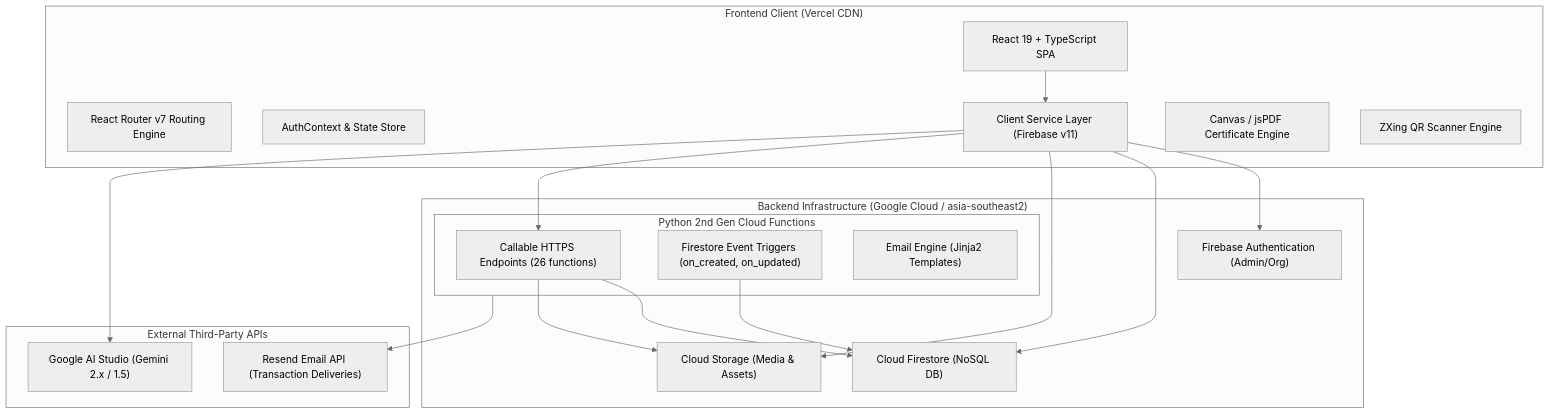
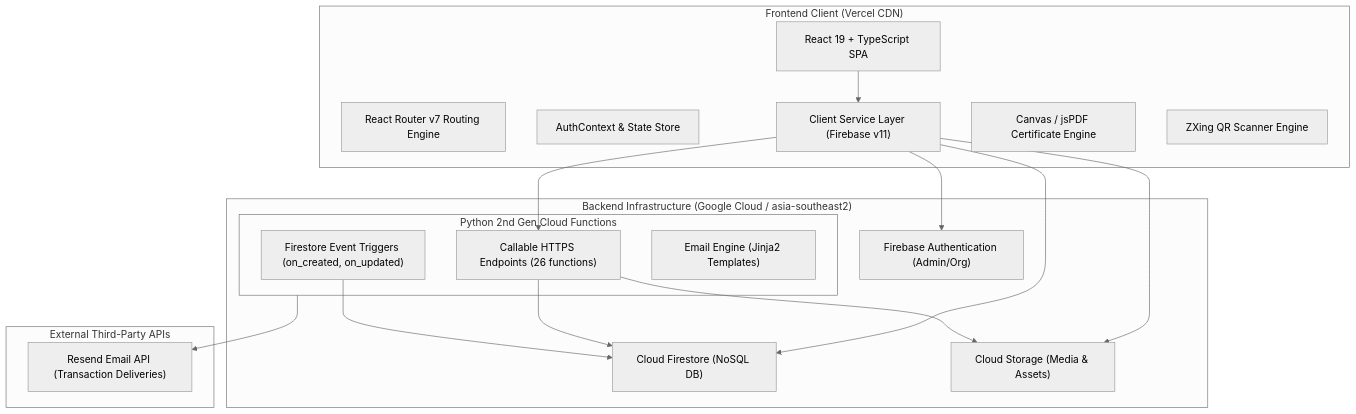
The first of 5 diagrams in docs/Architecture.md (gdgdavao/teamapo-hub), drawn with Mermaid (neutral theme) before and after one commit. The commit also changed other lines of this file and 330 other files, not shown here.

First line of the commit message:
feat(platform): comprehensive architecture modernization, security hardening, and legal compliance

````diff
--- a/docs/Architecture.md
+++ b/docs/Architecture.md
@@ -19,41 +18,39 @@
 ```mermaid
 flowchart TB
     subgraph ClientLayer["Frontend Client (Vercel CDN)"]
         SPA["React 19 + TypeScript SPA"]
         Router["React Router v7 Routing Engine"]
         Context["AuthContext & State Store"]
         Services["Client Service Layer (Firebase v11)"]
         CanvasEngine["Canvas / jsPDF Certificate Engine"]
         ZXing["ZXing QR Scanner Engine"]
     end
 
     subgraph FirebaseLayer["Backend Infrastructure (Google Cloud / asia-southeast2)"]
         Auth["Firebase Authentication (Admin/Org)"]
         Firestore["Cloud Firestore (NoSQL DB)"]
         Storage["Cloud Storage (Media & Assets)"]
         
         subgraph CloudFunctions["Python 2nd Gen Cloud Functions"]
             CallableAPI["Callable HTTPS Endpoints (26 functions)"]
             EventTriggers["Firestore Event Triggers (on_created, on_updated)"]
             EmailModule["Email Engine (Jinja2 Templates)"]
         end
     end
 
     subgraph ExternalServices["External Third-Party APIs"]
         Resend["Resend Email API (Transaction Deliveries)"]
-        Gemini["Google AI Studio (Gemini 2.x / 1.5)"]
     end
 
     SPA --> Services
     Services --> Auth
     Services --> Firestore
     Services --> Storage
     Services --> CallableAPI
     
     CallableAPI --> Firestore
     CallableAPI --> Storage
     EventTriggers --> Firestore
     
     CloudFunctions --> Resend
-    Services --> Gemini
 ```
````
